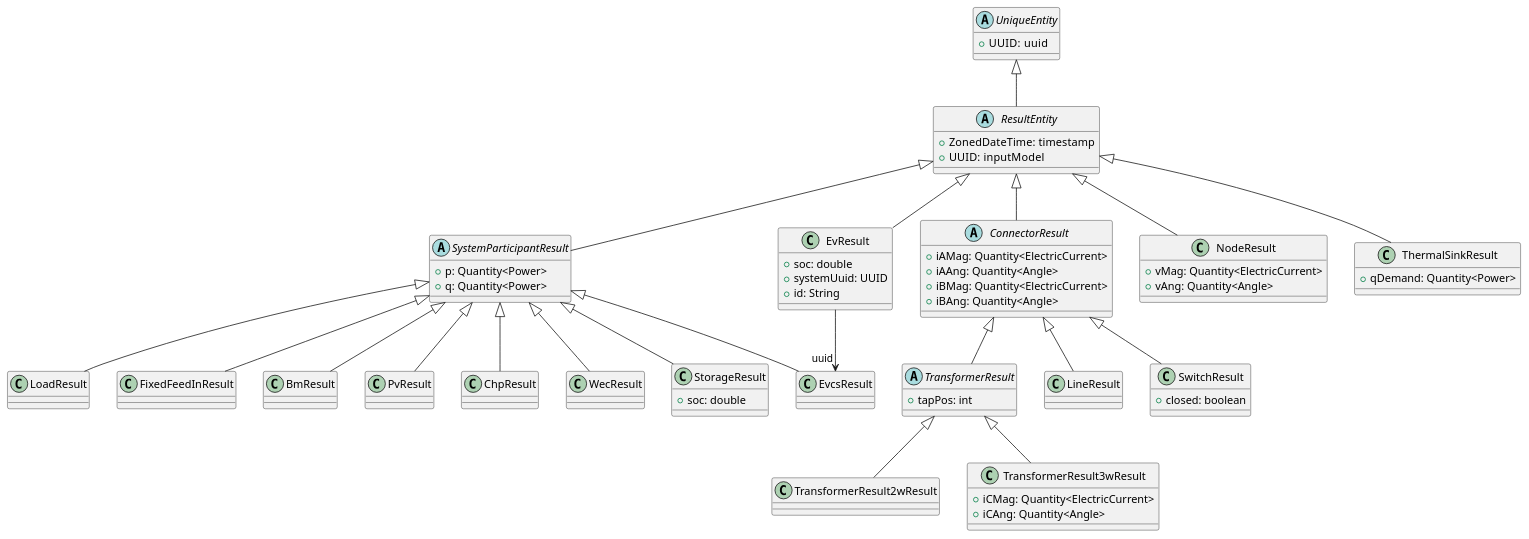
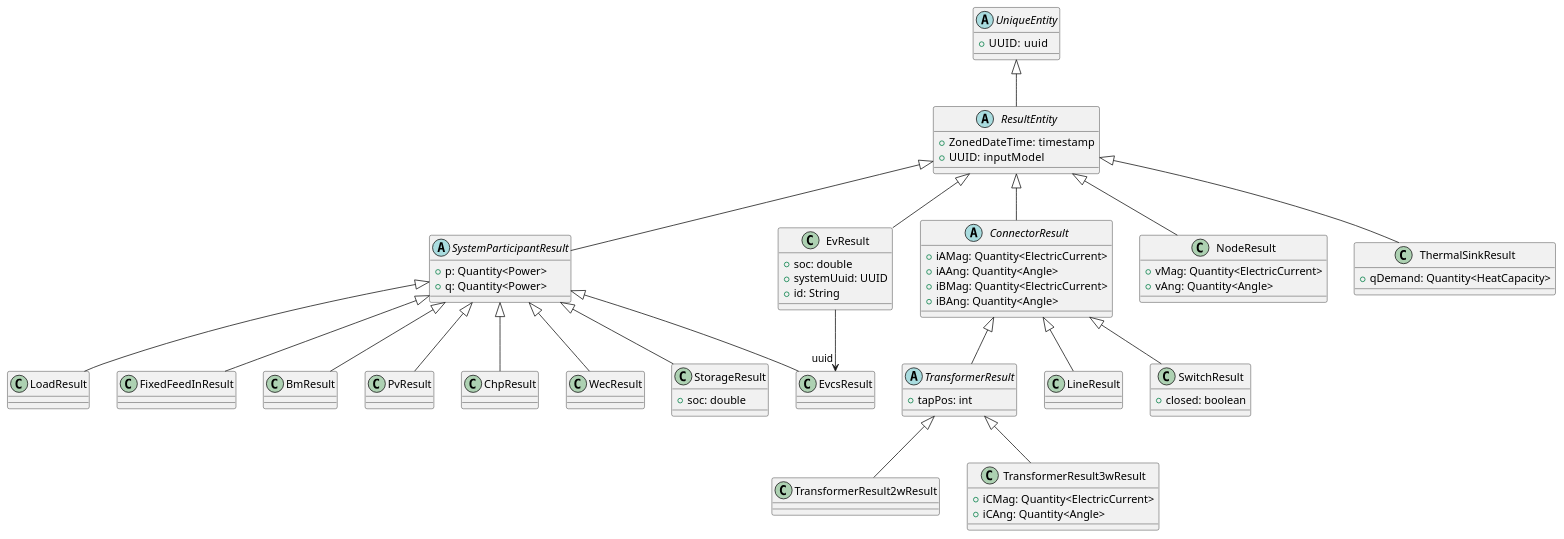
One commit to ie3-institute/PowerSystemDataModel changed the diagram in docs/uml/OutputDatamodelConcept.puml. Above: the diagram before and after it, drawn with PlantUML. The commit also changed 2 other files, not shown here.

```diff
--- a/docs/uml/OutputDatamodelConcept.puml
+++ b/docs/uml/OutputDatamodelConcept.puml
@@ -1,104 +1,104 @@
 @startuml
 
 abstract Class UniqueEntity{
     + UUID:  uuid
 }
 
 abstract Class ResultEntity{
     + ZonedDateTime:  timestamp
     + UUID:  inputModel
 }
 
 abstract Class SystemParticipantResult{
     + p: Quantity<Power>
     + q: Quantity<Power>
 }
 
 abstract Class ConnectorResult{
     + iAMag: Quantity<ElectricCurrent>
     + iAAng: Quantity<Angle>
     + iBMag: Quantity<ElectricCurrent>
     + iBAng: Quantity<Angle>
 }
 
 abstract Class TransformerResult{
     + tapPos: int
 }
 
 Class NodeResult{
     + vMag: Quantity<ElectricCurrent>
     + vAng: Quantity<Angle>
 }
 
 Class LineResult{
 
 }
 
 Class TransformerResult2wResult{
 }
 
 Class TransformerResult3wResult{
     + iCMag: Quantity<ElectricCurrent>
     + iCAng: Quantity<Angle>
 }
 
 Class LoadResult
 
 Class FixedFeedInResult
 
 
 Class BmResult
 
 
 Class PvResult
 
 
 Class ChpResult
 
 
 Class WecResult
 
 Class ThermalSinkResult{
-    + qDemand: Quantity<Power>
+    + qDemand: Quantity<HeatCapacity>
 }
 
 Class EvcsResult
 
 
 Class EvResult{
     + soc: double
     + systemUuid: UUID
     + id: String
 }
 
 Class StorageResult{
     + soc: double
 }
 
 Class SwitchResult{
     + closed: boolean
 }
 
 UniqueEntity <|-- ResultEntity
 ResultEntity <|-- ConnectorResult
 ResultEntity <|-- SystemParticipantResult
 ResultEntity <|-- NodeResult
 ResultEntity <|-- EvResult
 ResultEntity <|-- ThermalSinkResult
 SystemParticipantResult <|-- FixedFeedInResult
 SystemParticipantResult <|-- BmResult
 SystemParticipantResult <|-- PvResult
 SystemParticipantResult <|-- ChpResult
 SystemParticipantResult <|-- WecResult
 SystemParticipantResult <|-- EvcsResult
 SystemParticipantResult <|-- StorageResult
 SystemParticipantResult <|-- LoadResult
 ConnectorResult <|-- SwitchResult
 EvResult --> "uuid" EvcsResult
 
 ConnectorResult <|-- LineResult
 ConnectorResult <|-- TransformerResult
 TransformerResult <|-- TransformerResult2wResult
 TransformerResult <|-- TransformerResult3wResult
 
 @enduml
```
